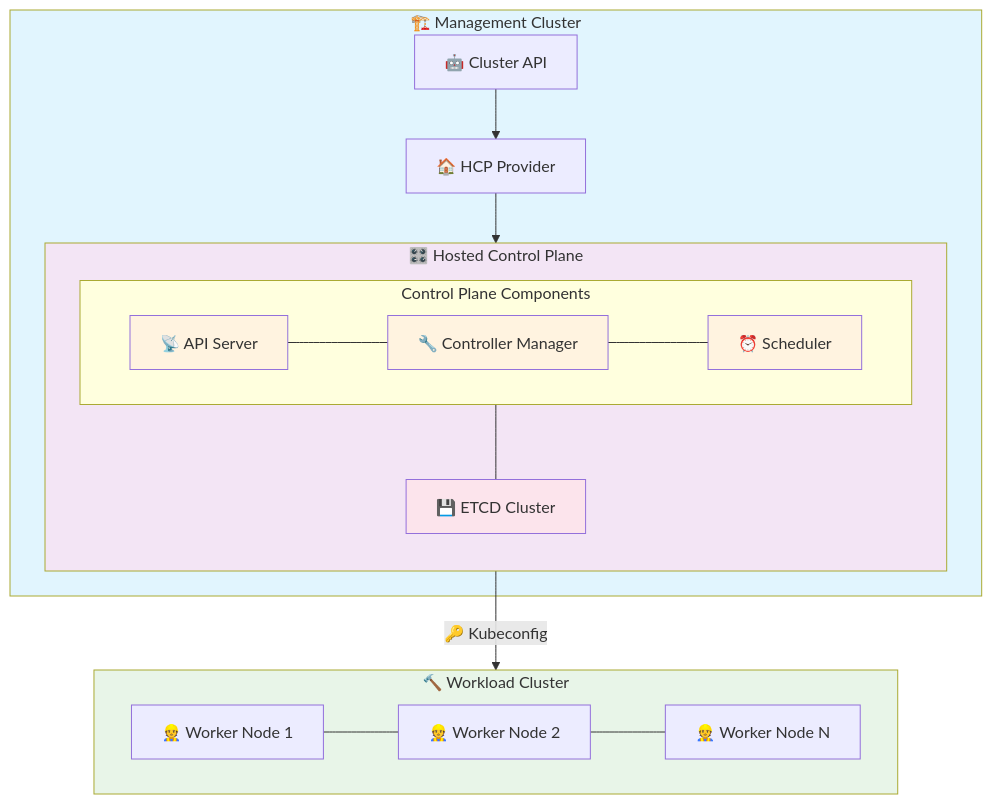
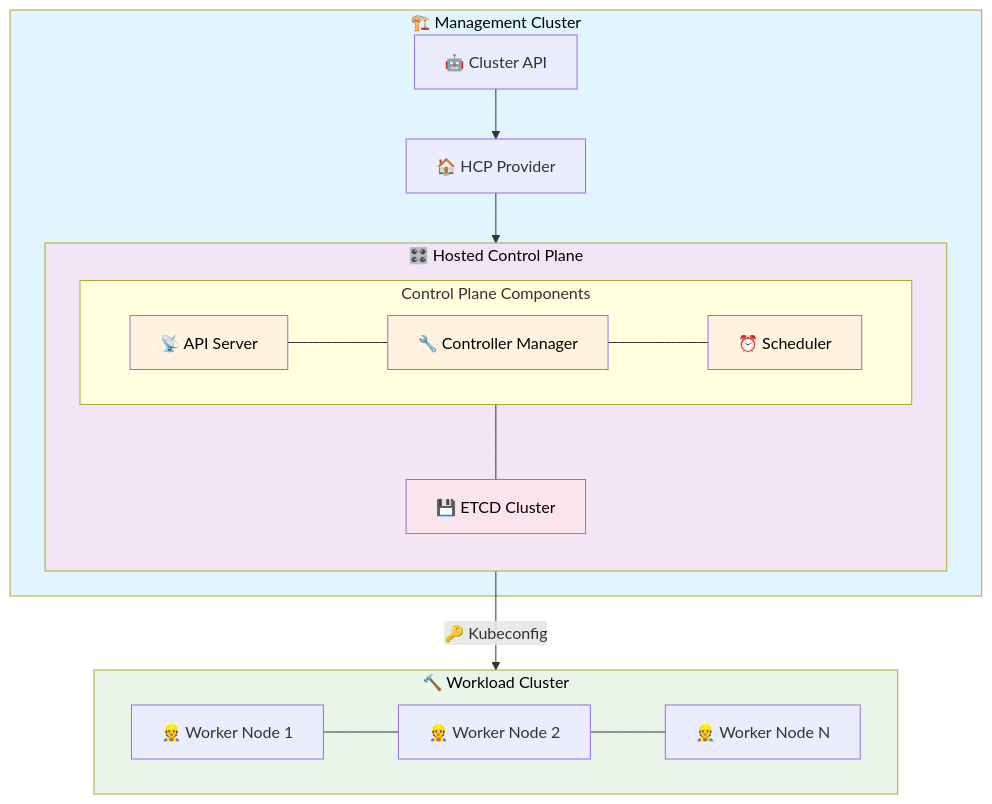
Before and after one commit to teutonet/cluster-api-provider-hosted-control-plane: the diagram in README.md, drawn with Mermaid. The commit also changed other lines of this file, not shown here.

Commit message:
chore: adjust diagram colors and various small changes

````diff
--- a/README.md
+++ b/README.md
@@ -41,41 +40,41 @@
 ```mermaid
 graph TB
     subgraph MC["🏗️ Management Cluster"]
         subgraph HCP["🎛️ Hosted Control Plane"]
             direction TB
             subgraph CP["Control Plane Components"]
                 direction LR
                 API["📡 API Server"]
                 CM["🔧 Controller Manager"] 
                 SCHED["⏰ Scheduler"]
                 API --- CM --- SCHED
             end
             
             ETCD["💾 ETCD Cluster"]
             CP --- ETCD
         end
         
         CAPI["🤖 Cluster API"]
         PROVIDER["🏠 HCP Provider"]
     end
     
     subgraph WC["🔨 Workload Cluster"]
         direction LR
         W1["👷 Worker Node 1"]
         W2["👷 Worker Node 2"]  
         WN["👷 Worker Node N"]
         W1 --- W2 --- WN
     end
     
     HCP -->|"🔑 Kubeconfig"| WC
     CAPI --> PROVIDER
     PROVIDER --> HCP
     
-    style MC fill:#e1f5fe
-    style HCP fill:#f3e5f5
-    style WC fill:#e8f5e8
-    style API fill:#fff3e0
-    style CM fill:#fff3e0
-    style SCHED fill:#fff3e0
-    style ETCD fill:#fce4ec
+    style MC fill:#e1f5fe,color:#000
+    style HCP fill:#f3e5f5,color:#000
+    style WC fill:#e8f5e8,color:#000
+    style API fill:#fff3e0,color:#000
+    style CM fill:#fff3e0,color:#000
+    style SCHED fill:#fff3e0,color:#000
+    style ETCD fill:#fce4ec,color:#000
 ```
````
